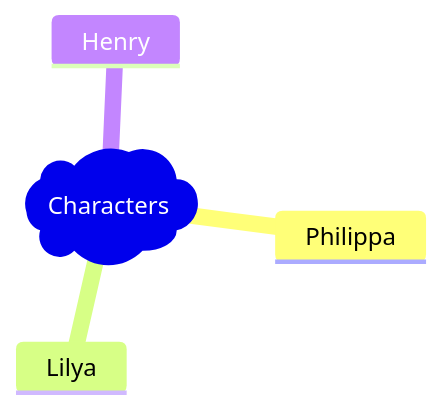
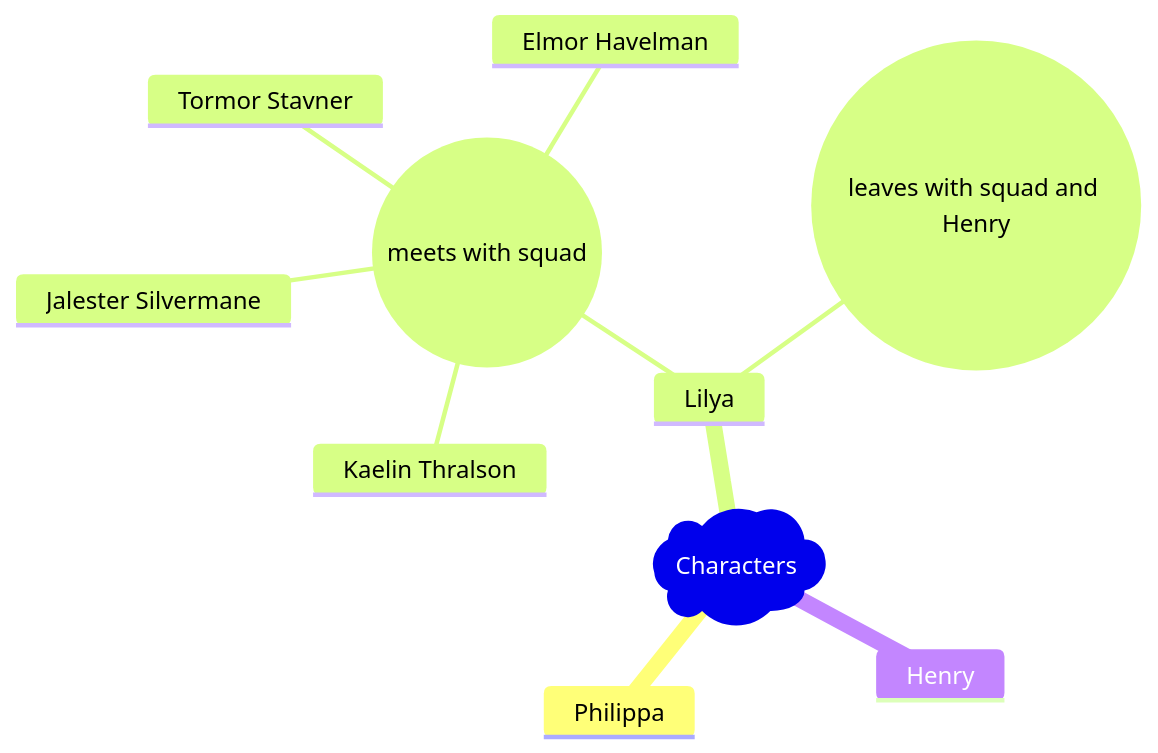
One commit to nicodoggie/bastion-falls-astro changed the diagram in astro/src/content/docs/world/notes/the-vengeful/index.mdx. Above: the diagram before and after it, drawn with Mermaid. The commit also changed 8 other files, not shown here.

````diff
--- a/astro/src/content/docs/world/notes/the-vengeful/index.mdx
+++ b/astro/src/content/docs/world/notes/the-vengeful/index.mdx
@@ -6,9 +6,15 @@
 ```mermaid
 mindmap
     root)Characters(
         Philippa
         Lilya
-            
+            ((meets with squad))
+                Jalester Silvermane
+                Kaelin Thralson
+                Tormor Stavner
+                Elmor Havelman
+            ((leaves with squad and Henry))
+                
         Henry
     
 ```
````
